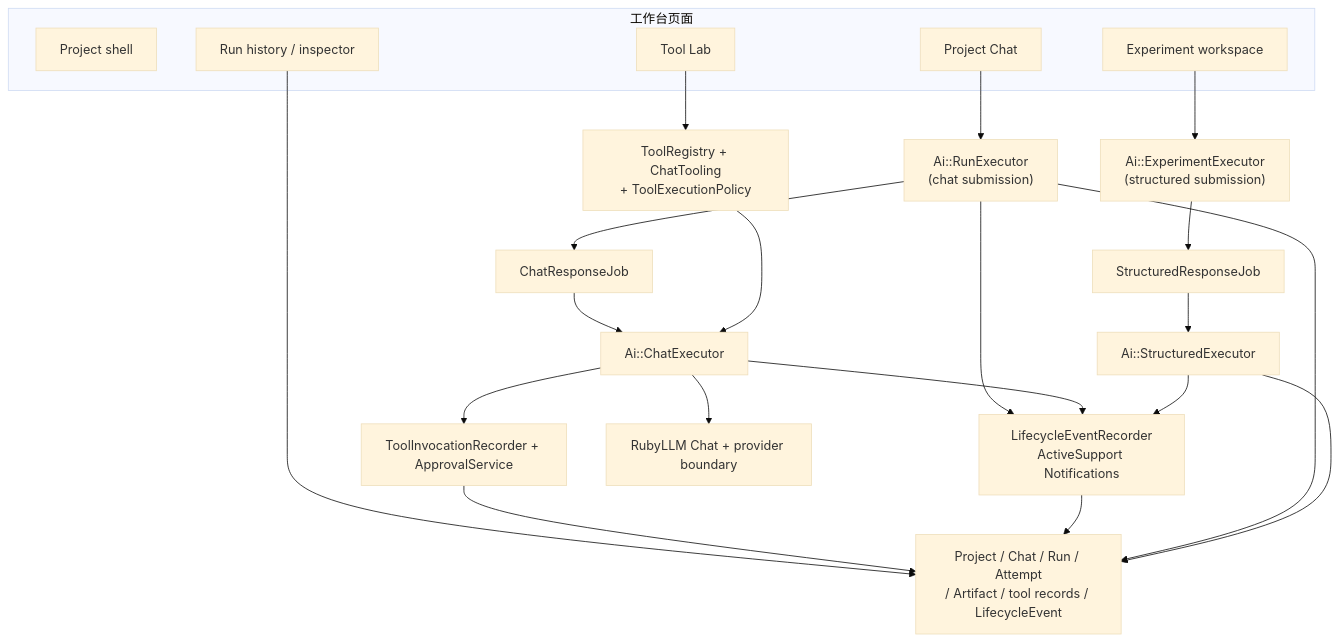
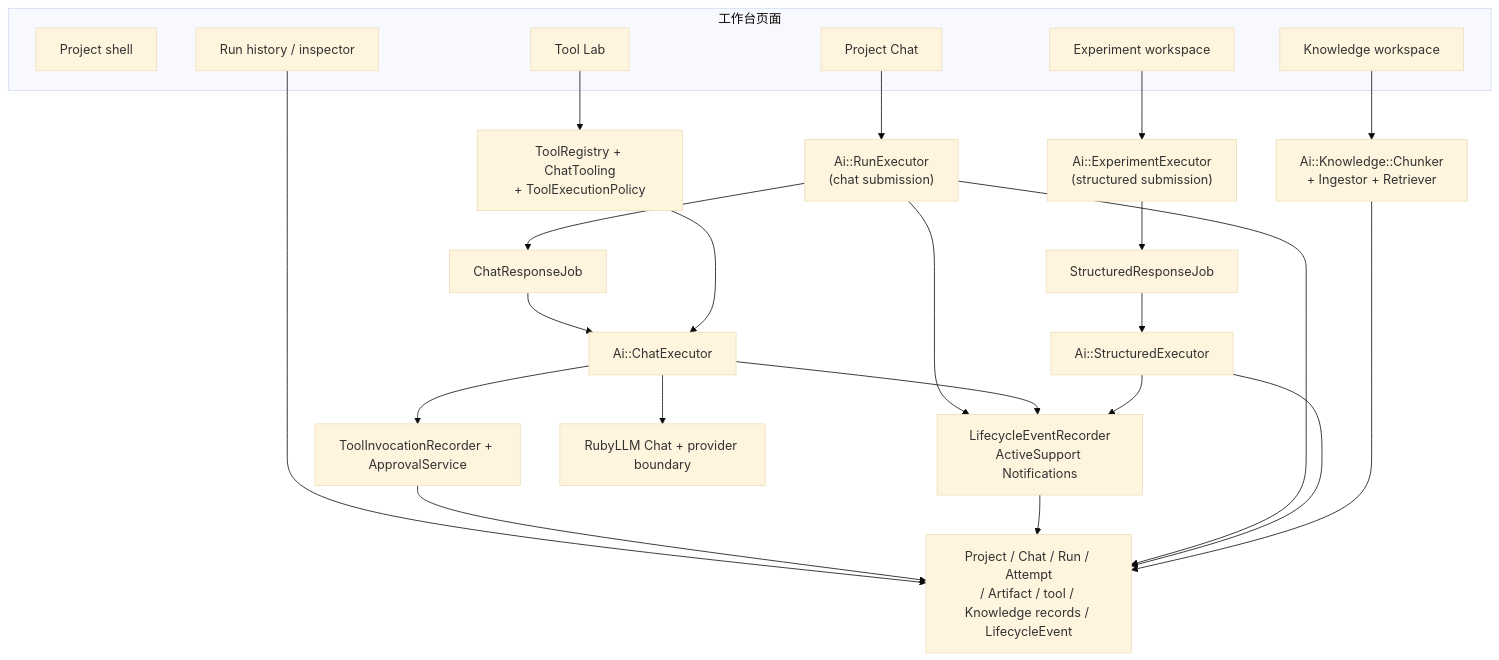
One commit to yorzi/rubyllm-workbench changed the second of 10 diagrams in docs/ARCHITECTURE.md. Above: the diagram before and after it, drawn with Mermaid (base theme). The commit also changed other lines of this file and 29 other files, not shown here.

````diff
--- a/docs/ARCHITECTURE.md
+++ b/docs/ARCHITECTURE.md
@@ -49,41 +49,45 @@
 ```mermaid
 flowchart TD
     subgraph UI["工作台页面"]
         ProjectUI["Project shell"]
         ChatUI["Project Chat"]
         ExperimentUI["Experiment workspace"]
         ToolUI["Tool Lab"]
+        KnowledgeUI["Knowledge workspace"]
         RunUI["Run history / inspector"]
     end
 
     RunExecutor["Ai::RunExecutor\n(chat submission)"]
     ExperimentExecutor["Ai::ExperimentExecutor\n(structured submission)"]
     StructuredExecutor["Ai::StructuredExecutor"]
     ChatJob["ChatResponseJob"]
     StructuredJob["StructuredResponseJob"]
     ChatExecutor["Ai::ChatExecutor"]
     Tooling["ToolRegistry + ChatTooling\n+ ToolExecutionPolicy"]
+    KnowledgeServices["Ai::Knowledge::Chunker\n+ Ingestor + Retriever"]
     Audit["ToolInvocationRecorder + ApprovalService"]
     Events["LifecycleEventRecorder\nActiveSupport Notifications"]
-    Records["Project / Chat / Run / Attempt\n/ Artifact / tool records / LifecycleEvent"]
+    Records["Project / Chat / Run / Attempt\n/ Artifact / tool / Knowledge records / LifecycleEvent"]
     RubyLLM["RubyLLM Chat + provider boundary"]
 
     ChatUI --> RunExecutor
     ExperimentUI --> ExperimentExecutor
     ToolUI --> Tooling
+    KnowledgeUI --> KnowledgeServices
     RunUI --> Records
     RunExecutor --> ChatJob
     ExperimentExecutor --> StructuredJob
     StructuredJob --> StructuredExecutor
     ChatJob --> ChatExecutor
     ChatExecutor --> RubyLLM
     ChatExecutor --> Audit
     Audit --> Records
     RunExecutor --> Events
     ChatExecutor --> Events
     StructuredExecutor --> Events
     Events --> Records
     Tooling --> ChatExecutor
     RunExecutor --> Records
     StructuredExecutor --> Records
+    KnowledgeServices --> Records
 ```
````
